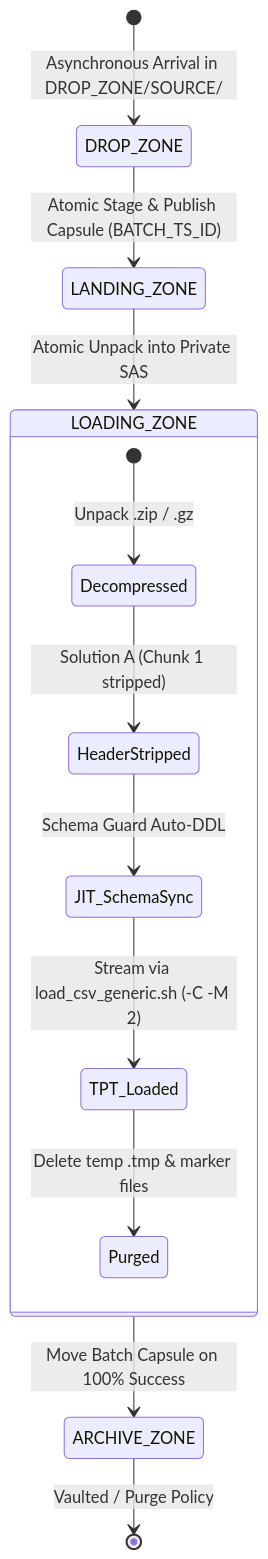
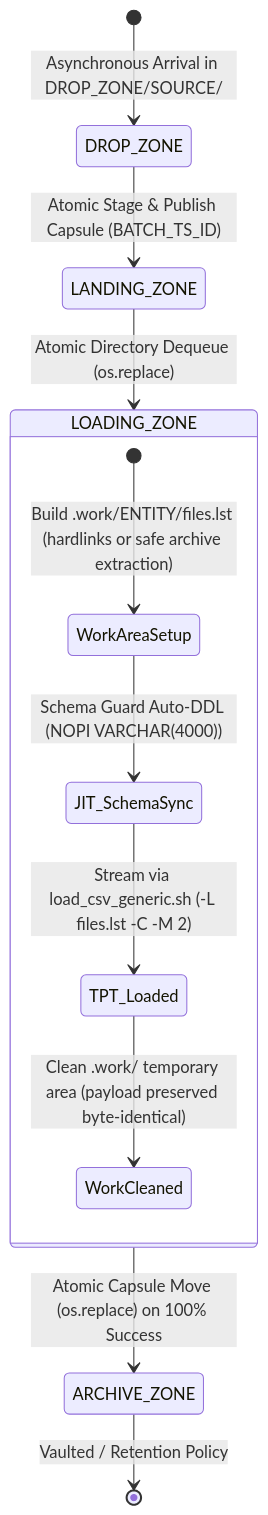
Before and after one commit to manisadegh/DATA_LOADER: the second of 4 diagrams in DOCS/04_SYSTEM_ARCHITECTURE_AND_OPERATIONS/01_enterprise_architecture_specification.md, drawn with Mermaid. The commit also changed other lines of this file and 6 other files, not shown here.

````diff
--- a/DOCS/04_SYSTEM_ARCHITECTURE_AND_OPERATIONS/01_enterprise_architecture_specification.md
+++ b/DOCS/04_SYSTEM_ARCHITECTURE_AND_OPERATIONS/01_enterprise_architecture_specification.md
@@ -91,15 +94,14 @@
 ```mermaid
 stateDiagram-v2
     [*] --> DROP_ZONE : Asynchronous Arrival in DROP_ZONE/SOURCE/
     DROP_ZONE --> LANDING_ZONE : Atomic Stage & Publish Capsule (BATCH_TS_ID)
-    LANDING_ZONE --> LOADING_ZONE : Atomic Unpack into Private SAS
+    LANDING_ZONE --> LOADING_ZONE : Atomic Directory Dequeue (os.replace)
     state LOADING_ZONE {
-        [*] --> Decompressed : Unpack .zip / .gz
-        Decompressed --> HeaderStripped : Solution A (Chunk 1 stripped)
-        HeaderStripped --> JIT_SchemaSync : Schema Guard Auto-DDL
-        JIT_SchemaSync --> TPT_Loaded : Stream via load_csv_generic.sh (-C -M 2)
-        TPT_Loaded --> Purged : Delete temp .tmp & marker files
+        [*] --> WorkAreaSetup : Build .work/ENTITY/files.lst (hardlinks or safe archive extraction)
+        WorkAreaSetup --> JIT_SchemaSync : Schema Guard Auto-DDL (NOPI VARCHAR(4000))
+        JIT_SchemaSync --> TPT_Loaded : Stream via load_csv_generic.sh (-L files.lst -C -M 2)
+        TPT_Loaded --> WorkCleaned : Clean .work/ temporary area (payload preserved byte-identical)
     }
-    LOADING_ZONE --> ARCHIVE_ZONE : Move Batch Capsule on 100% Success
-    ARCHIVE_ZONE --> [*] : Vaulted / Purge Policy
+    LOADING_ZONE --> ARCHIVE_ZONE : Atomic Capsule Move (os.replace) on 100% Success
+    ARCHIVE_ZONE --> [*] : Vaulted / Retention Policy
 ```
````
